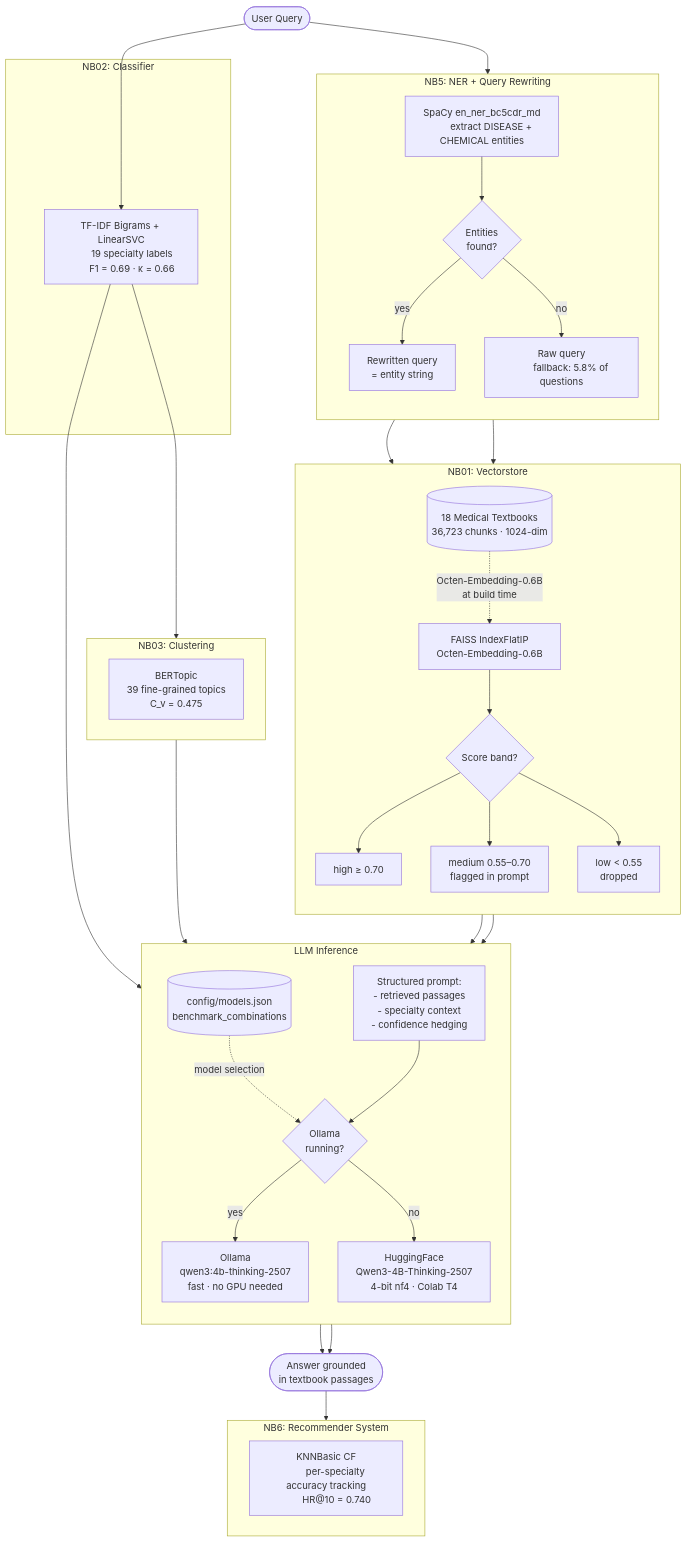
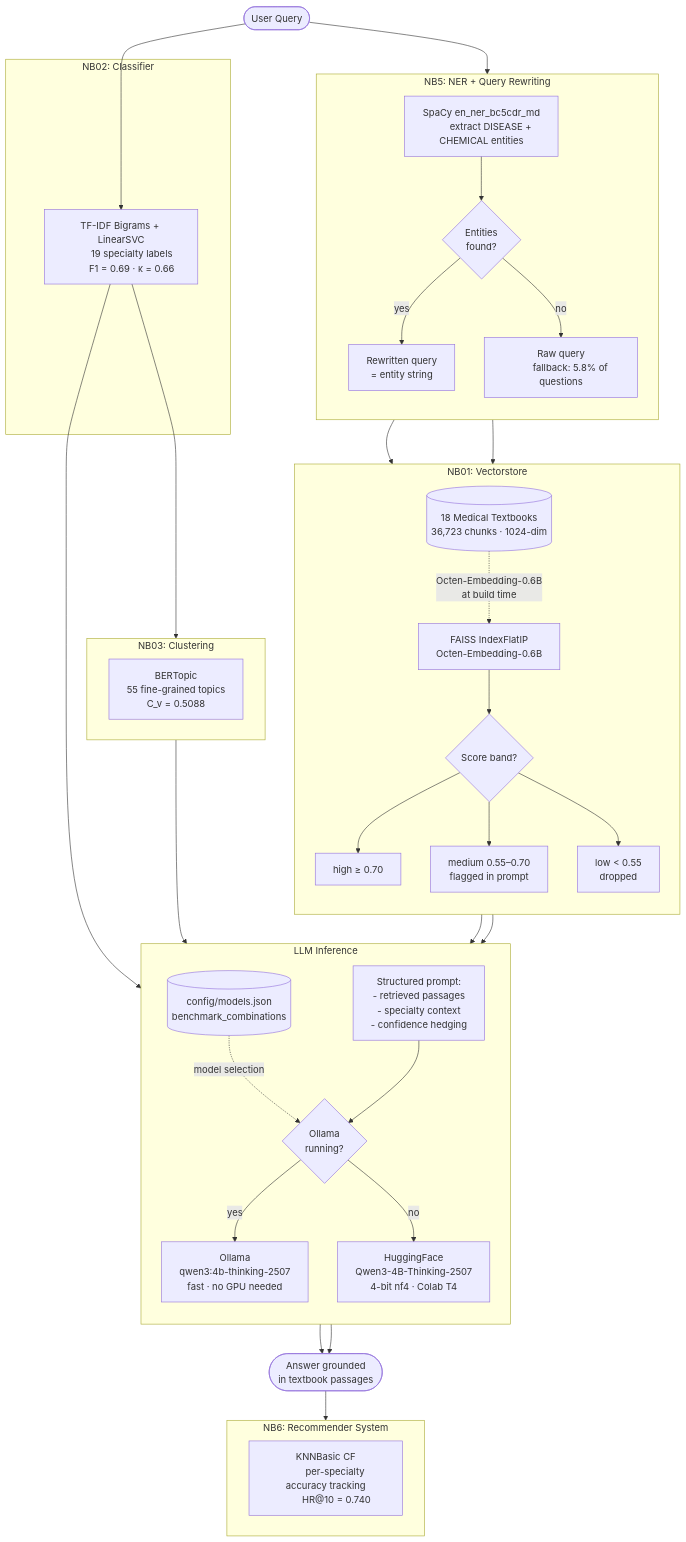
One commit to jaxendutta/emma changed the first of 2 diagrams in README.md. Above: the diagram before and after it, drawn with Mermaid. The commit also changed other lines of this file and 1 other file, not shown here.

```diff
--- a/README.md
+++ b/README.md
@@ -120,8 +120,8 @@
   
     subgraph CLU ["NB03: Clustering"]
         K1["BERTopic
-        39 fine-grained topics
-        C_v = 0.475"]
+        55 fine-grained topics
+        C_v = 0.5088"]
     end
 
     subgraph LLM ["LLM Inference"]
```
